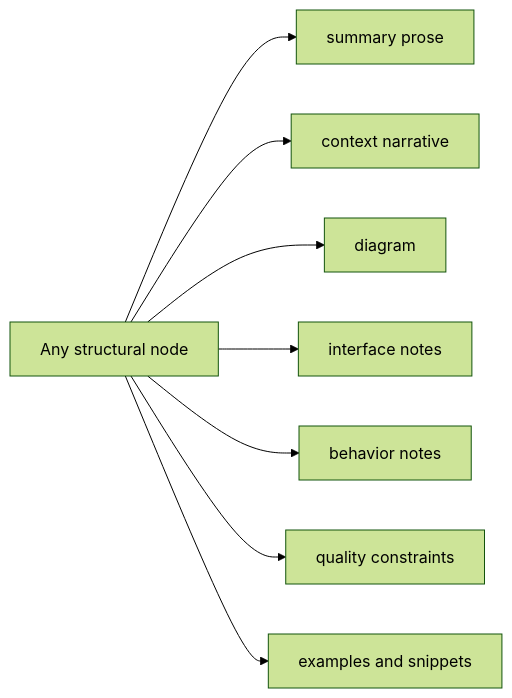
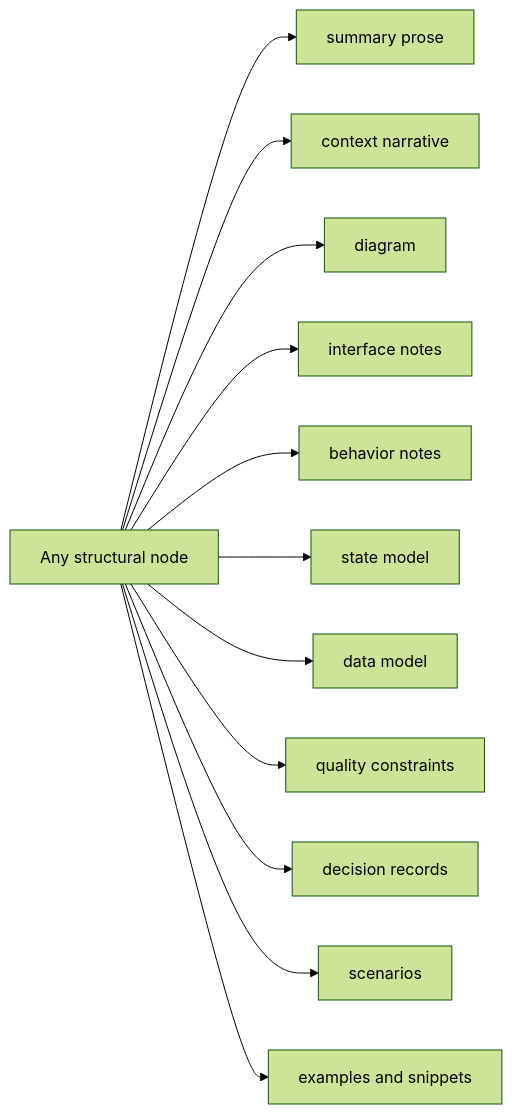
The third of 4 diagrams in index.md (jkassis/reposcma), drawn with Mermaid (forest theme) before and after one commit. The commit also changed other lines of this file and 4 other files, not shown here.

````diff
--- a/index.md
+++ b/index.md
@@ -142,10 +154,14 @@
 ```mermaid
 flowchart LR
   Node["Any structural node"] --> Summary["summary prose"]
   Node --> Context["context narrative"]
   Node --> Diagram["diagram"]
   Node --> Interfaces["interface notes"]
   Node --> Functions["behavior notes"]
+  Node --> States["state model"]
+  Node --> Data["data model"]
   Node --> Qualities["quality constraints"]
+  Node --> Decisions["decision records"]
+  Node --> Scenarios["scenarios"]
   Node --> Examples["examples and snippets"]
 ```
````
